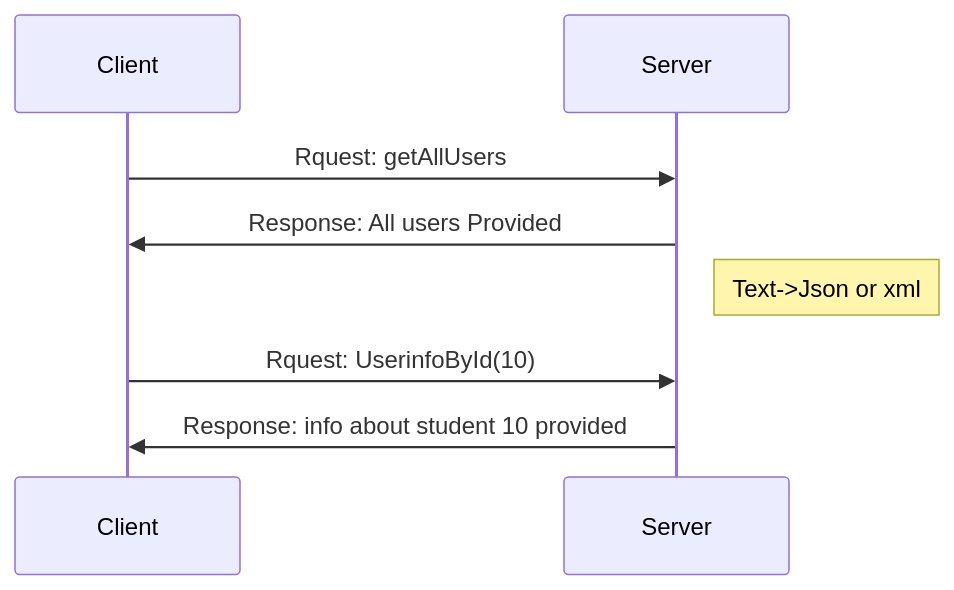
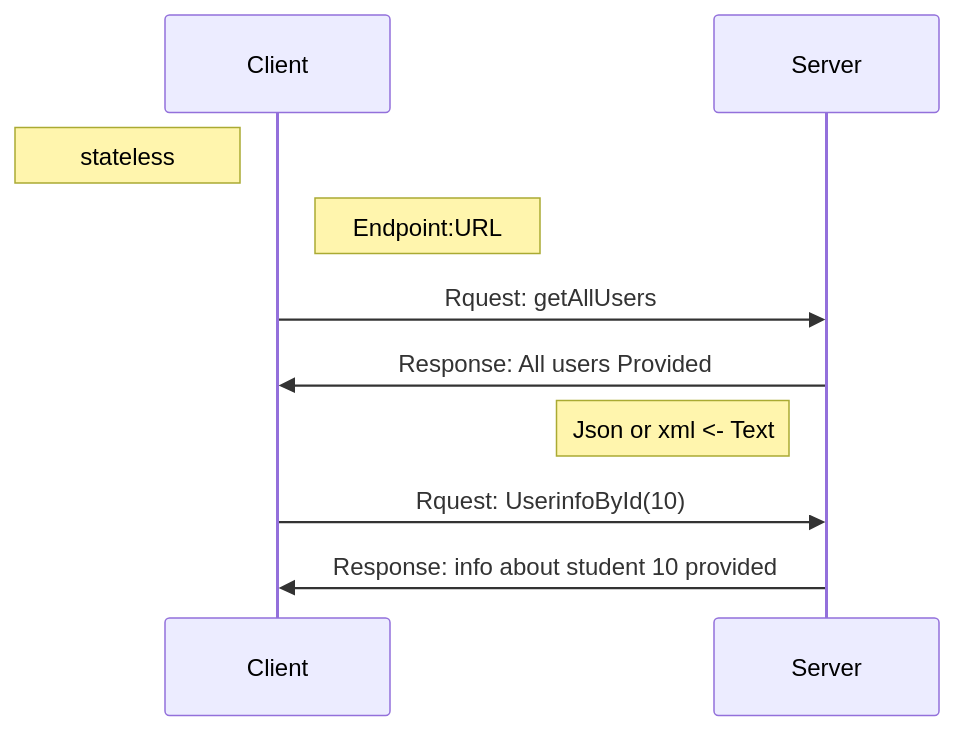
One commit to orcaprog/RESTful-API changed the diagram in README.md. Above: the diagram before and after it, drawn with Mermaid.

````diff
--- a/README.md
+++ b/README.md
@@ -53,9 +53,11 @@
 ```mermaid
 sequenceDiagram
-
+Note left of Client: stateless
+Note right of Client: Endpoint:URL
 Client ->> Server: Rquest: getAllUsers
 Server ->> Client: Response: All users Provided 
-Note right of Server: Text->Json or xml
+Note left of Server: Json or xml <- Text
 Client ->> Server: Rquest: UserinfoById(10) 
 Server ->> Client: Response: info about student 10 provided
+
 ```
````
